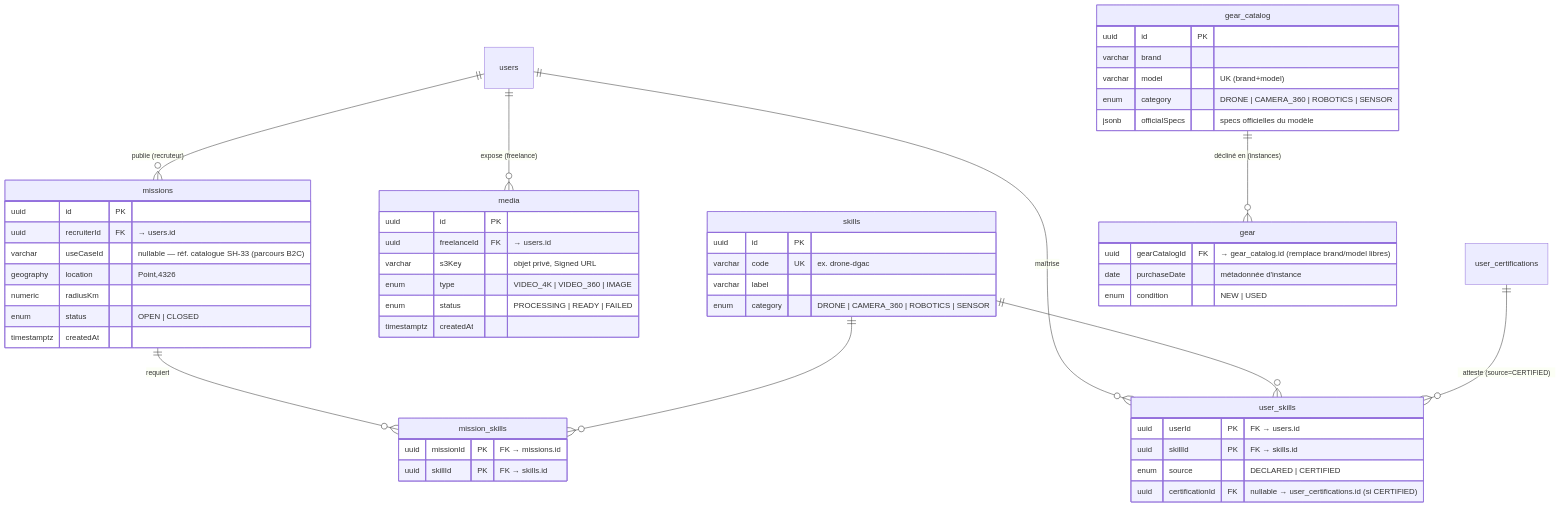
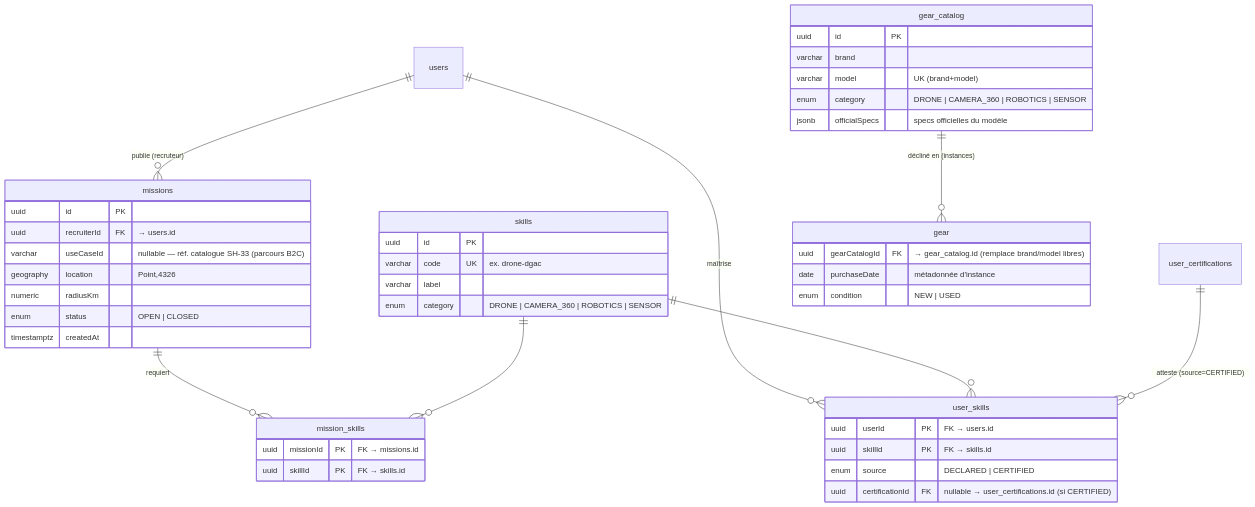
Before and after one commit to alixsanta/skillhunt: the second of 2 diagrams in docs/conception/2026-06-28-MCD-MLD-SkillHunt.md, drawn with Mermaid. The commit also changed other lines of this file and 6 other files, not shown here.

````diff
--- a/docs/conception/2026-06-28-MCD-MLD-SkillHunt.md
+++ b/docs/conception/2026-06-28-MCD-MLD-SkillHunt.md
@@ -142,63 +177,53 @@
 ```mermaid
 erDiagram
     users ||--o{ missions : "publie (recruteur)"
-    users ||--o{ media : "expose (freelance)"
     users ||--o{ user_skills : "maîtrise"
     skills ||--o{ user_skills : ""
     user_certifications ||--o{ user_skills : "atteste (source=CERTIFIED)"
     missions ||--o{ mission_skills : "requiert"
     skills ||--o{ mission_skills : ""
     gear_catalog ||--o{ gear : "décliné en (instances)"
 
     gear_catalog {
         uuid id PK
         varchar brand
         varchar model "UK (brand+model)"
         enum category "DRONE | CAMERA_360 | ROBOTICS | SENSOR"
         jsonb officialSpecs "specs officielles du modèle"
     }
 
     gear {
         uuid gearCatalogId FK "→ gear_catalog.id (remplace brand/model libres)"
         date purchaseDate "métadonnée d'instance"
         enum condition "NEW | USED"
     }
 
     skills {
         uuid id PK
         varchar code UK "ex. drone-dgac"
         varchar label
         enum category "DRONE | CAMERA_360 | ROBOTICS | SENSOR"
     }
 
     user_skills {
         uuid userId PK "FK → users.id"
         uuid skillId PK "FK → skills.id"
         enum source "DECLARED | CERTIFIED"
         uuid certificationId FK "nullable → user_certifications.id (si CERTIFIED)"
     }
 
     missions {
         uuid id PK
         uuid recruiterId FK "→ users.id"
         varchar useCaseId "nullable — réf. catalogue SH-33 (parcours B2C)"
         geography location "Point,4326"
         numeric radiusKm
         enum status "OPEN | CLOSED"
         timestamptz createdAt
     }
 
     mission_skills {
         uuid missionId PK "FK → missions.id"
         uuid skillId PK "FK → skills.id"
     }
-
-    media {
-        uuid id PK
-        uuid freelanceId FK "→ users.id"
-        varchar s3Key "objet privé, Signed URL"
-        enum type "VIDEO_4K | VIDEO_360 | IMAGE"
-        enum status "PROCESSING | READY | FAILED"
-        timestamptz createdAt
-    }
 ```
````
